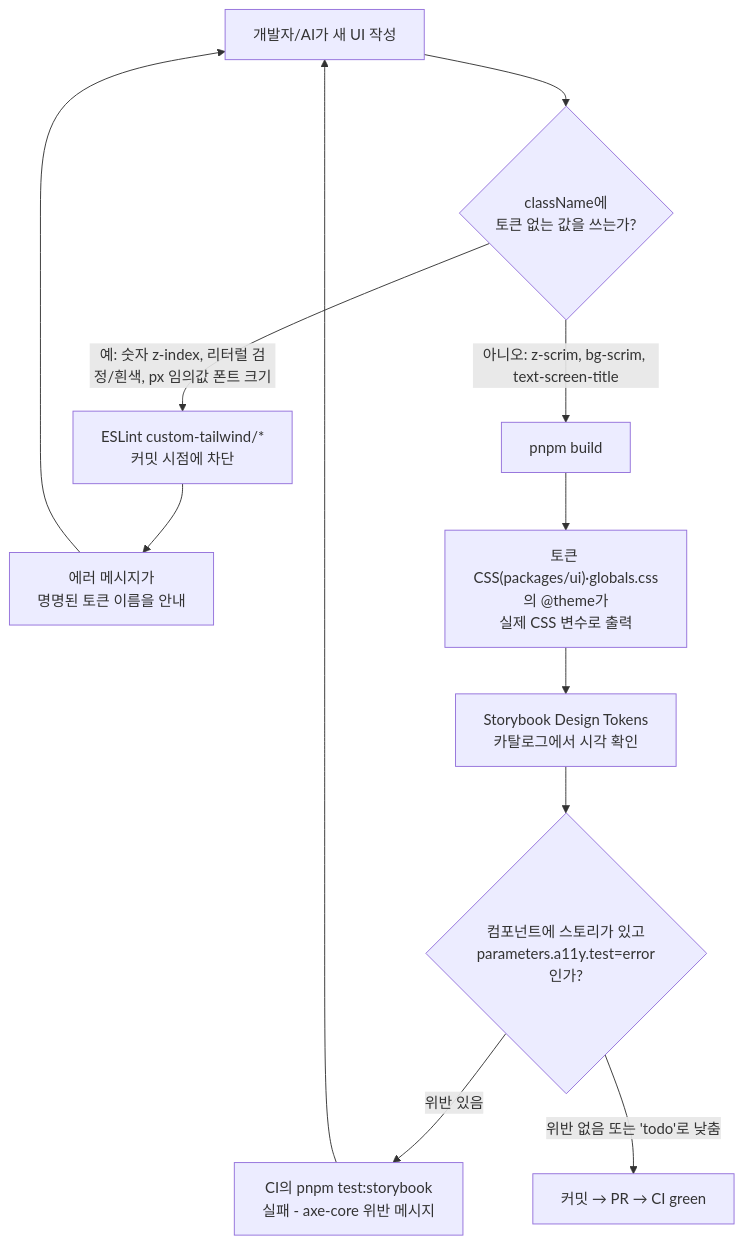
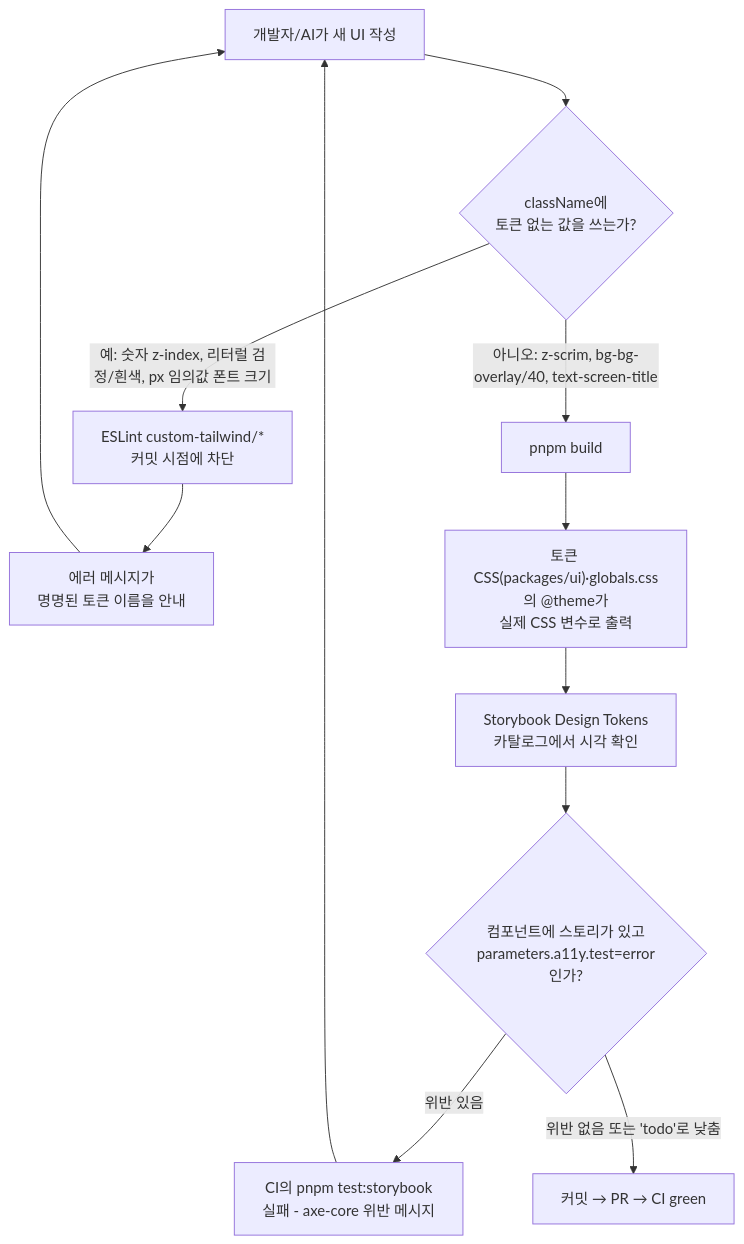
One commit to BAECHAN/link-sphere_FE_NEW changed the first of 4 diagrams in docs/DESIGN-SYSTEM.md. Above: the diagram before and after it, drawn with Mermaid. The commit also changed other lines of this file and 71 other files, not shown here.

````diff
--- a/docs/DESIGN-SYSTEM.md
+++ b/docs/DESIGN-SYSTEM.md
@@ -36,14 +36,14 @@
 ```mermaid
 flowchart TD
     A["개발자/AI가 새 UI 작성"] --> B{"className에<br/>토큰 없는 값을 쓰는가?"}
     B -->|"예: 숫자 z-index, 리터럴 검정/흰색, px 임의값 폰트 크기"| C["ESLint custom-tailwind/*<br/>커밋 시점에 차단"]
     C --> D["에러 메시지가<br/>명명된 토큰 이름을 안내"]
     D --> A
-    B -->|"아니오: z-scrim, bg-scrim, text-screen-title"| E["pnpm build"]
+    B -->|"아니오: z-scrim, bg-bg-overlay/40, text-screen-title"| E["pnpm build"]
     E --> F["토큰 CSS(packages/ui)·globals.css의 @theme가<br/>실제 CSS 변수로 출력"]
     F --> G["Storybook Design Tokens<br/>카탈로그에서 시각 확인"]
     G --> I{"컴포넌트에 스토리가 있고<br/>parameters.a11y.test=error인가?"}
     I -->|"위반 있음"| J["CI의 pnpm test:storybook<br/>실패 - axe-core 위반 메시지"]
     J --> A
     I -->|"위반 없음 또는 'todo'로 낮춤"| H["커밋 → PR → CI green"]
 ```
````
